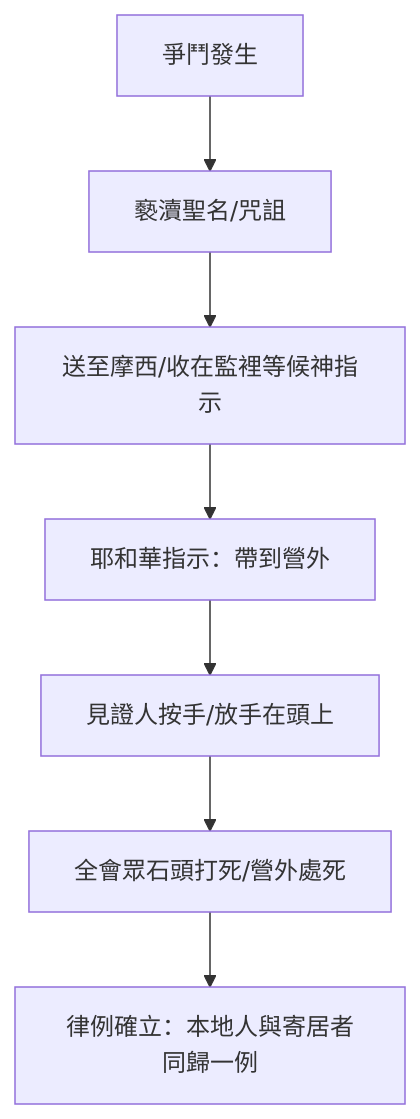
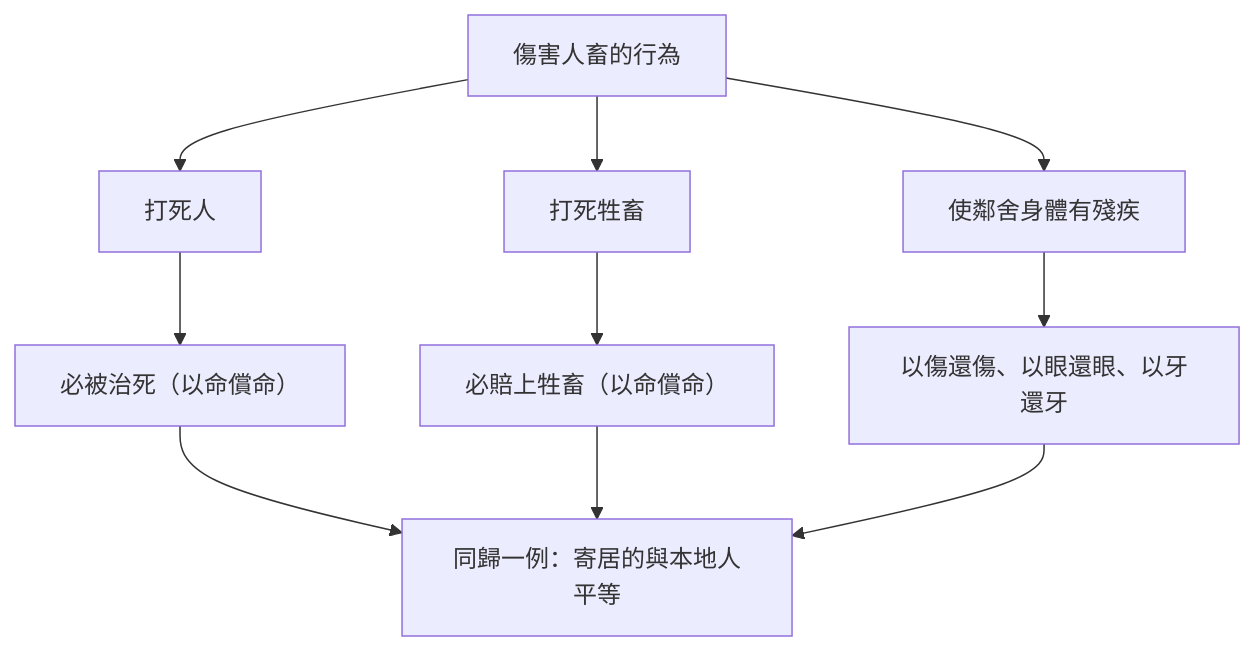
Before and after one commit to andyjr5566/Bible_wiki_zh_website: the second of 2 diagrams in content/03 利未記/第24章.md, drawn with Mermaid. The commit also changed other lines of this file and 2313 other files, not shown here.

````diff
--- a/content/03 利未記/第24章.md
+++ b/content/03 利未記/第24章.md
@@ -79,9 +101,12 @@
 ```mermaid
 flowchart TD
-  A[爭鬥發生] --> B[褻瀆聖名/咒詛]
-  B --> C[送至摩西/收在監裡等候神指示]
-  C --> D[耶和華指示：帶到營外]
-  D --> E[見證人按手/放手在頭上]
-  E --> F[全會眾石頭打死/營外處死]
-  F --> G[律例確立：本地人與寄居者同歸一例]
+    A["傷害人畜的行為"] --> B["打死人"]
+    A --> C["打死牲畜"]
+    A --> D["使鄰舍身體有殘疾"]
+    B --> E["必被治死（以命償命）"]
+    C --> F["必賠上牲畜（以命償命）"]
+    D --> G["以傷還傷、以眼還眼、以牙還牙"]
+    E --> H["同歸一例：寄居的與本地人平等"]
+    F --> H
+    G --> H
 ```
````
